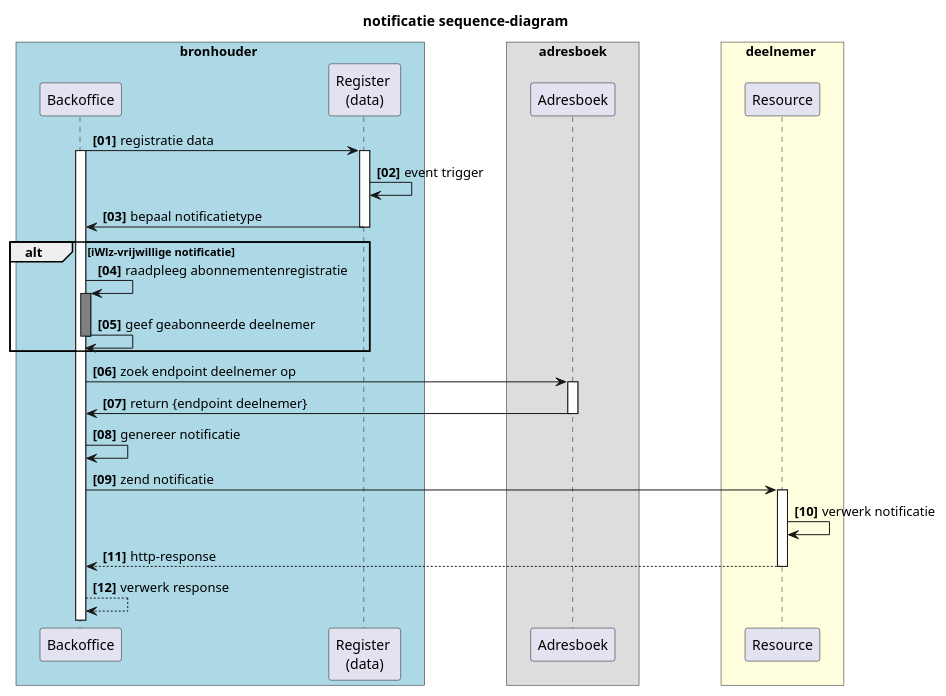
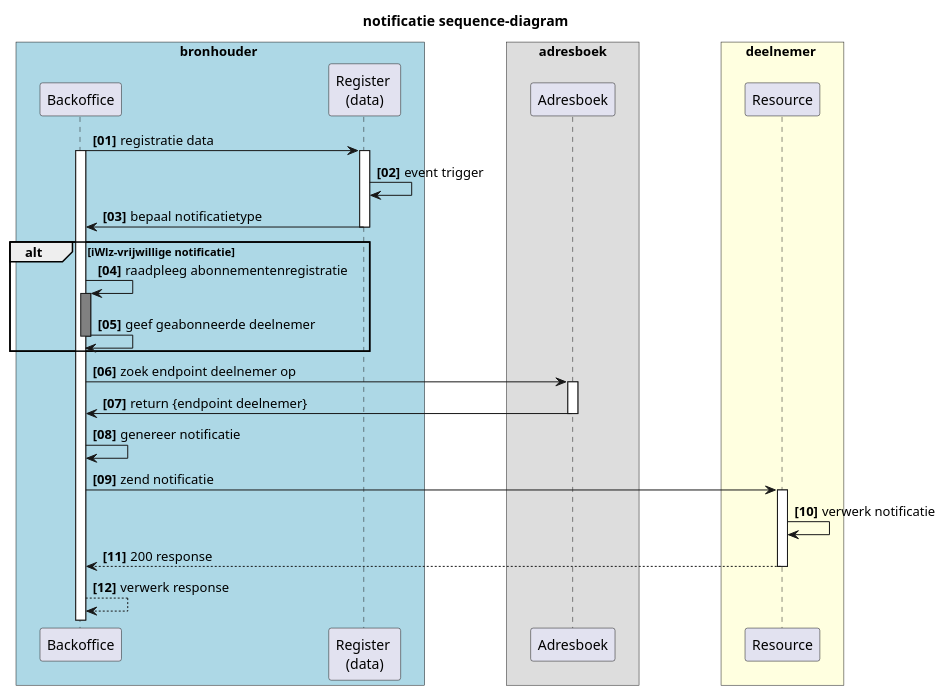
Before and after one commit to iStandaarden/iWlz-RequestForComment: the second of 5 diagrams in RFC/RFC0008 - Notificaties en Abonnementen.md, drawn with PlantUML. The commit also changed other lines of this file and 1 other file, not shown here.

````diff
--- a/RFC/RFC0008 - Notificaties en Abonnementen.md
+++ b/RFC/RFC0008 - Notificaties en Abonnementen.md
@@ -176,49 +180,49 @@
   ```plantuml
   @startuml rfc008-02-notificatie_sequence
   title notificatie sequence-diagram
   skinparam handwritten false
   skinparam participantpadding 20
   skinparam boxpadding 40
   autonumber "<b>[00]"
   box bronhouder #lightblue
   participant "Backoffice" as bs
   participant "Register \n(data)" as rg
   end box
 
   box adresboek
   participant "Adresboek" as ab
   end box
 
   box deelnemer #lightyellow
   participant "Resource" as dnp
   end box
 
     bs -> rg : registratie data
     activate rg
     activate bs
     rg -> rg: event trigger
     rg -> bs : bepaal notificatietype
     deactivate rg
 
       alt iWlz-vrijwillige notificatie
       bs -> bs: raadpleeg abonnementenregistratie
       activate bs #grey
       bs -> bs: geef geabonneerde deelnemer
       deactivate bs
       end 
 
     bs -> ab: zoek endpoint deelnemer op
 
     activate ab
     ab -> bs: return {endpoint deelnemer}
     deactivate ab
     bs -> bs: genereer notificatie
     bs -> dnp: zend notificatie
     activate dnp
     dnp -> dnp: verwerk notificatie
-    dnp --> bs: http-response
+    dnp --> bs: 200 response
     deactivate dnp  
     bs --> bs: verwerk response
 
   @enduml
   ```
````
